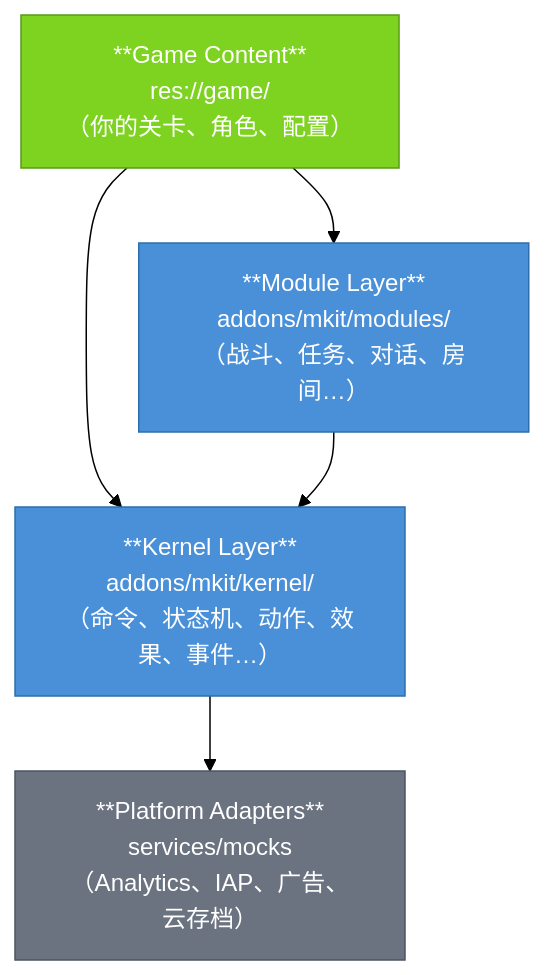
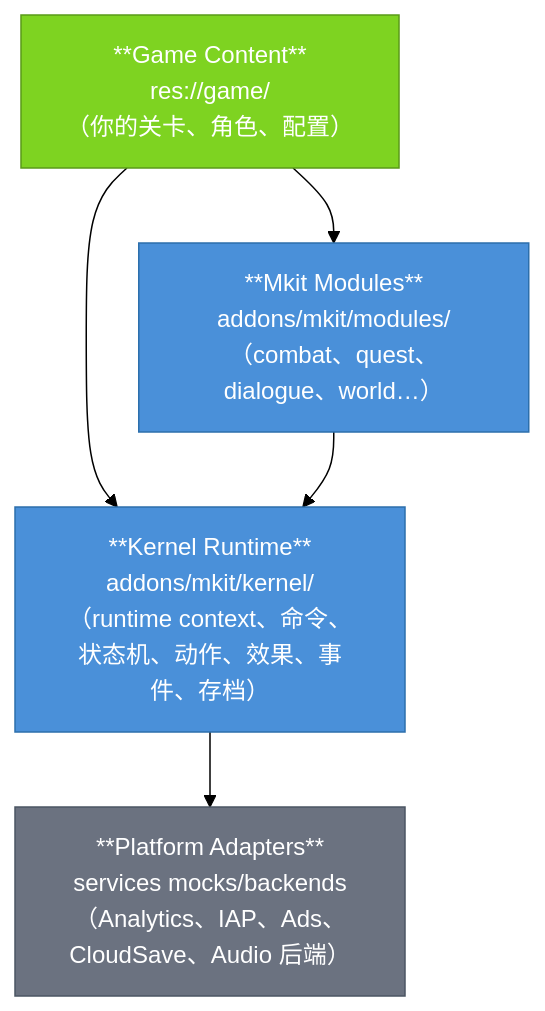
One commit to xiaofeiqiu/mkit changed the first of 2 diagrams in docs/readme.md. Above: the diagram before and after it, drawn with Mermaid (forest theme). The commit also changed other lines of this file and 32 other files, not shown here.

````diff
--- a/docs/readme.md
+++ b/docs/readme.md
@@ -9,20 +9,20 @@
 ```mermaid
 flowchart TB
     Game["**Game Content**\nres://game/\n（你的关卡、角色、配置）"]
-    Modules["**Module Layer**\naddons/mkit/modules/\n（战斗、任务、对话、房间…）"]
-    Kernel["**Kernel Layer**\naddons/mkit/kernel/\n（命令、状态机、动作、效果、事件…）"]
-    Platform["**Platform Adapters**\nservices/mocks\n（Analytics、IAP、广告、云存档）"]
+    Modules["**Mkit Modules**\naddons/mkit/modules/\n（combat、quest、dialogue、world…）"]
+    Kernel["**Kernel Runtime**\naddons/mkit/kernel/\n（runtime context、命令、状态机、动作、效果、事件、存档）"]
+    Platform["**Platform Adapters**\nservices mocks/backends\n（Analytics、IAP、Ads、CloudSave、Audio 后端）"]
 
     Game --> Modules
     Game --> Kernel
     Modules --> Kernel
     Kernel --> Platform
 
     classDef mkitCore fill:#4A90D9,color:#fff,stroke:#2C6FAC
     classDef userOwned fill:#7ED321,color:#fff,stroke:#5A9A18
     classDef platform  fill:#6B7280,color:#fff,stroke:#4B5563
 
     class Modules,Kernel mkitCore
     class Game userOwned
     class Platform platform
 ```
````
